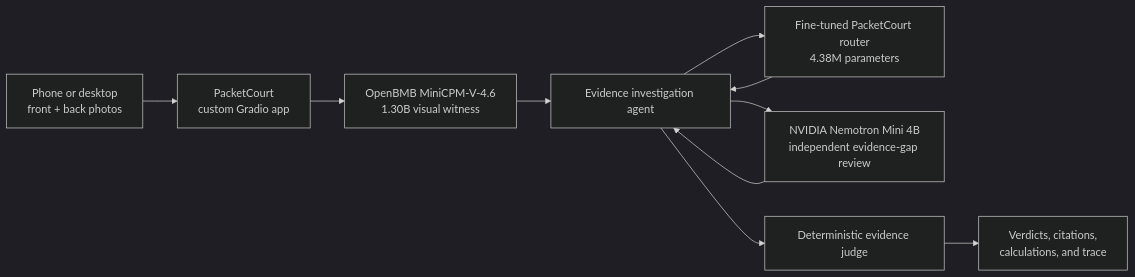
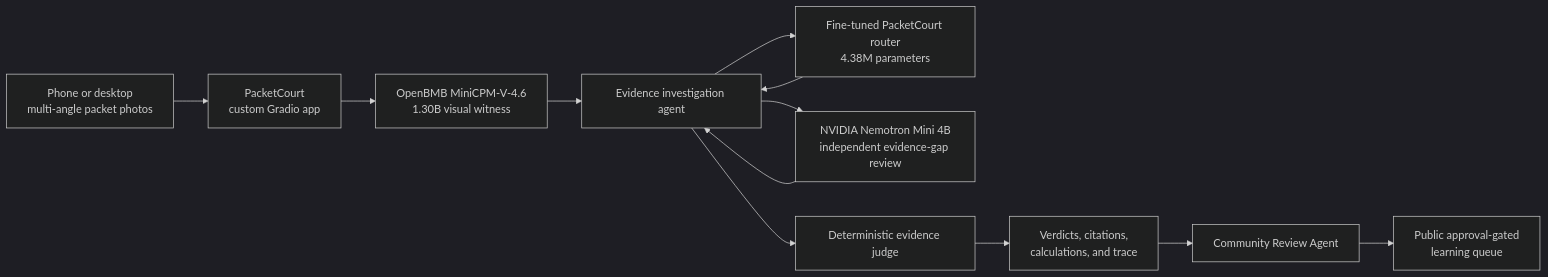
Before and after one commit to N-45div/PacketCourt: the diagram in HF_ARTICLE.md, drawn with Mermaid (dark theme). The commit also changed other lines of this file and 2 other files, not shown here.

````diff
--- a/HF_ARTICLE.md
+++ b/HF_ARTICLE.md
@@ -57,12 +58,14 @@
 ```mermaid
 flowchart LR
-    Phone["Phone or desktop<br/>front + back photos"] --> App["PacketCourt<br/>custom Gradio app"]
+    Phone["Phone or desktop<br/>multi-angle packet photos"] --> App["PacketCourt<br/>custom Gradio app"]
     App --> Vision["OpenBMB MiniCPM-V-4.6<br/>1.30B visual witness"]
     Vision --> Agent["Evidence investigation agent"]
     Agent --> Router["Fine-tuned PacketCourt router<br/>4.38M parameters"]
     Router --> Agent
     Agent --> Nemotron["NVIDIA Nemotron Mini 4B<br/>independent evidence-gap review"]
     Nemotron --> Agent
     Agent --> Judge["Deterministic evidence judge"]
     Judge --> Report["Verdicts, citations,<br/>calculations, and trace"]
+    Report --> Feedback["Community Review Agent"]
+    Feedback --> Queue["Public approval-gated<br/>learning queue"]
 ```
````
